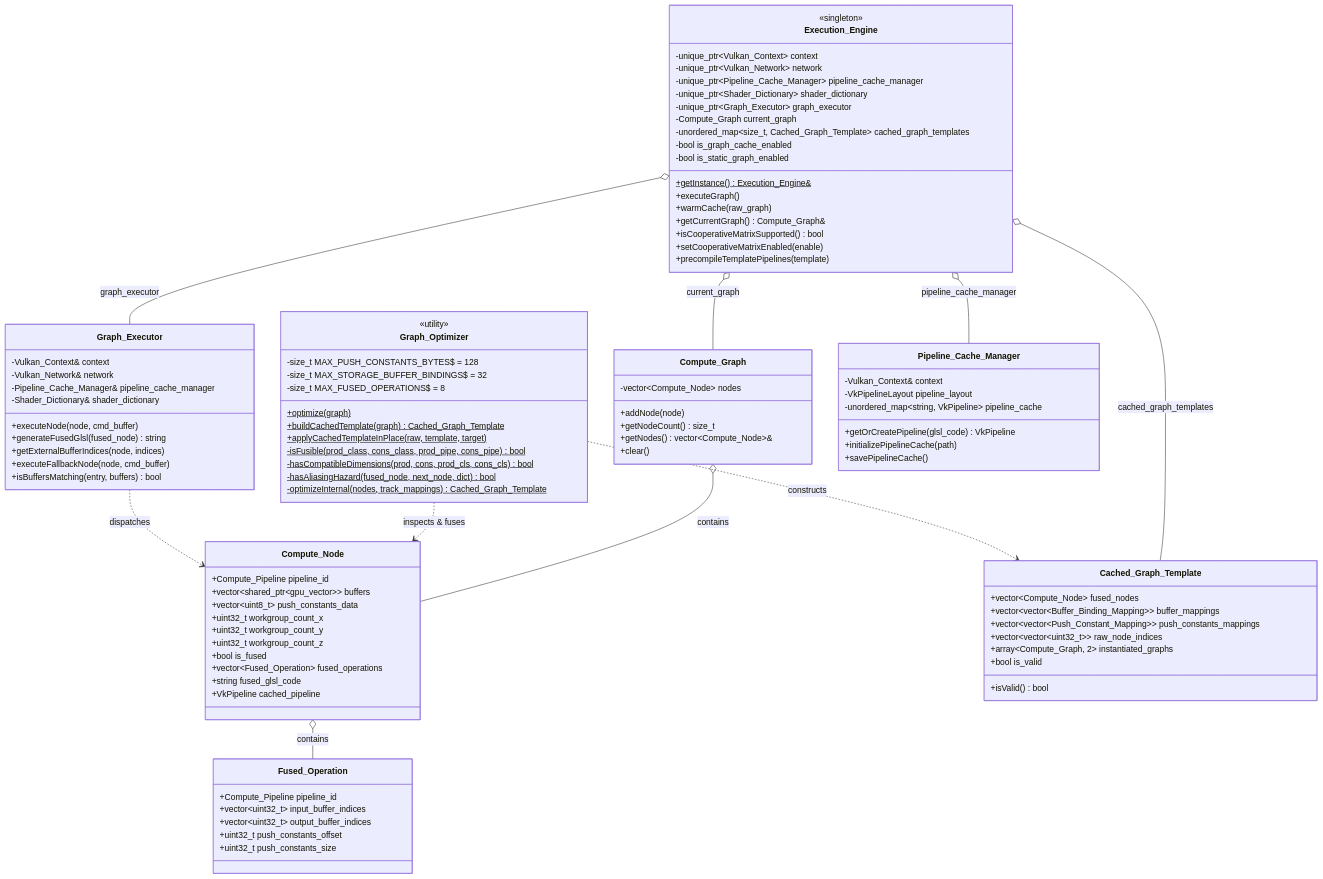
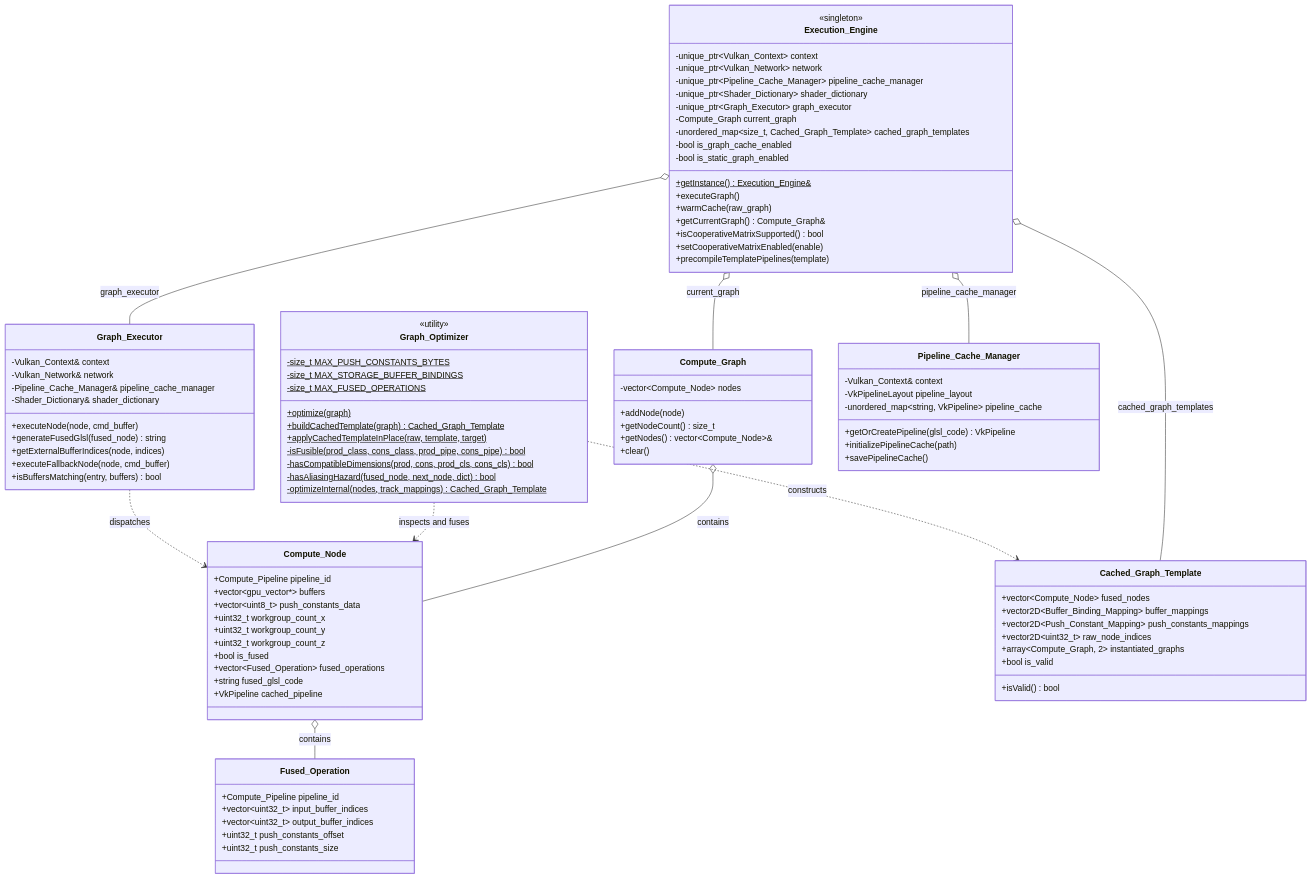
Before and after one commit to HungVQ1991/VulkanML: the fourth of 11 diagrams in architechture.md, drawn with Mermaid. The commit also changed other lines of this file, not shown here.

````diff
--- a/architechture.md
+++ b/architechture.md
@@ -372,7 +372,7 @@
 
     class Compute_Node {
         +Compute_Pipeline pipeline_id
-        +vector~shared_ptr~gpu_vector~~ buffers
+        +vector~gpu_vector*~ buffers
         +vector~uint8_t~ push_constants_data
         +uint32_t workgroup_count_x
         +uint32_t workgroup_count_y
@@ -393,9 +393,9 @@
 
     class Graph_Optimizer {
         <<utility>>
-        -size_t MAX_PUSH_CONSTANTS_BYTES$ = 128
-        -size_t MAX_STORAGE_BUFFER_BINDINGS$ = 32
-        -size_t MAX_FUSED_OPERATIONS$ = 8
+        -size_t MAX_PUSH_CONSTANTS_BYTES$
+        -size_t MAX_STORAGE_BUFFER_BINDINGS$
+        -size_t MAX_FUSED_OPERATIONS$
         +optimize(graph)$
         +buildCachedTemplate(graph)$ Cached_Graph_Template
         +applyCachedTemplateInPlace(raw, template, target)$
@@ -419,9 +419,9 @@
 
     class Cached_Graph_Template {
         +vector~Compute_Node~ fused_nodes
-        +vector~vector~Buffer_Binding_Mapping~~ buffer_mappings
-        +vector~vector~Push_Constant_Mapping~~ push_constants_mappings
-        +vector~vector~uint32_t~~ raw_node_indices
+        +vector2D~Buffer_Binding_Mapping~ buffer_mappings
+        +vector2D~Push_Constant_Mapping~ push_constants_mappings
+        +vector2D~uint32_t~ raw_node_indices
         +array~Compute_Graph, 2~ instantiated_graphs
         +bool is_valid
         +isValid() bool
@@ -443,6 +443,6 @@
     Compute_Graph o-- Compute_Node : contains
     Compute_Node o-- Fused_Operation : contains
     Graph_Optimizer ..> Cached_Graph_Template : constructs
-    Graph_Optimizer ..> Compute_Node : inspects & fuses
+    Graph_Optimizer ..> Compute_Node : inspects and fuses
     Graph_Executor ..> Compute_Node : dispatches
 ```
````
